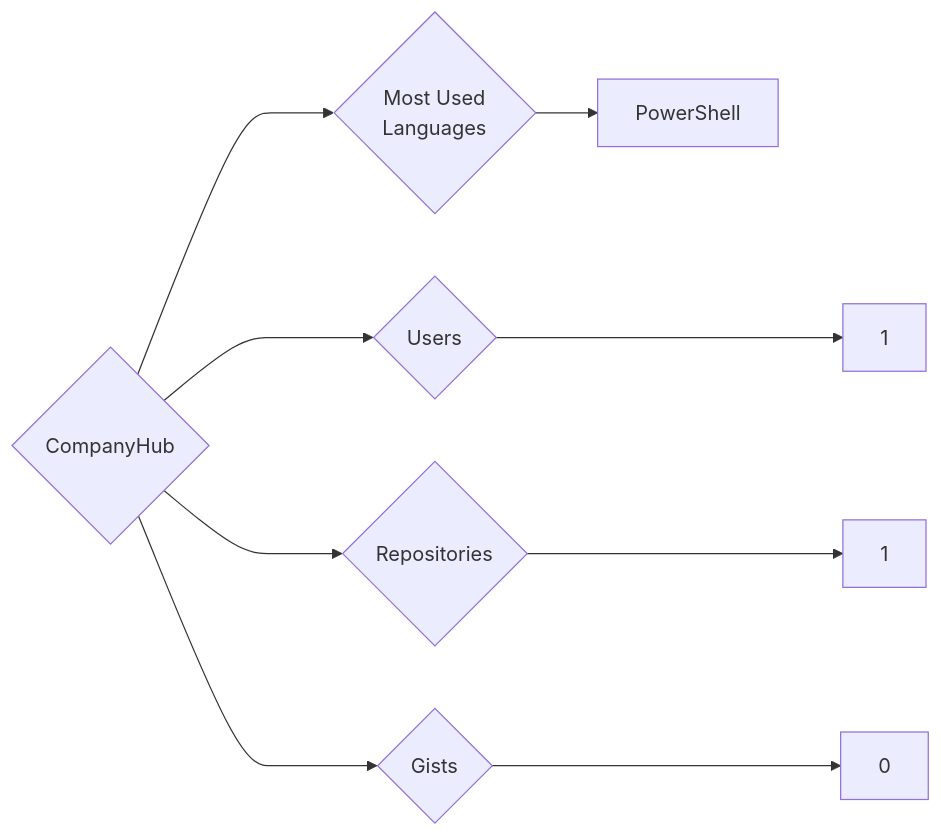
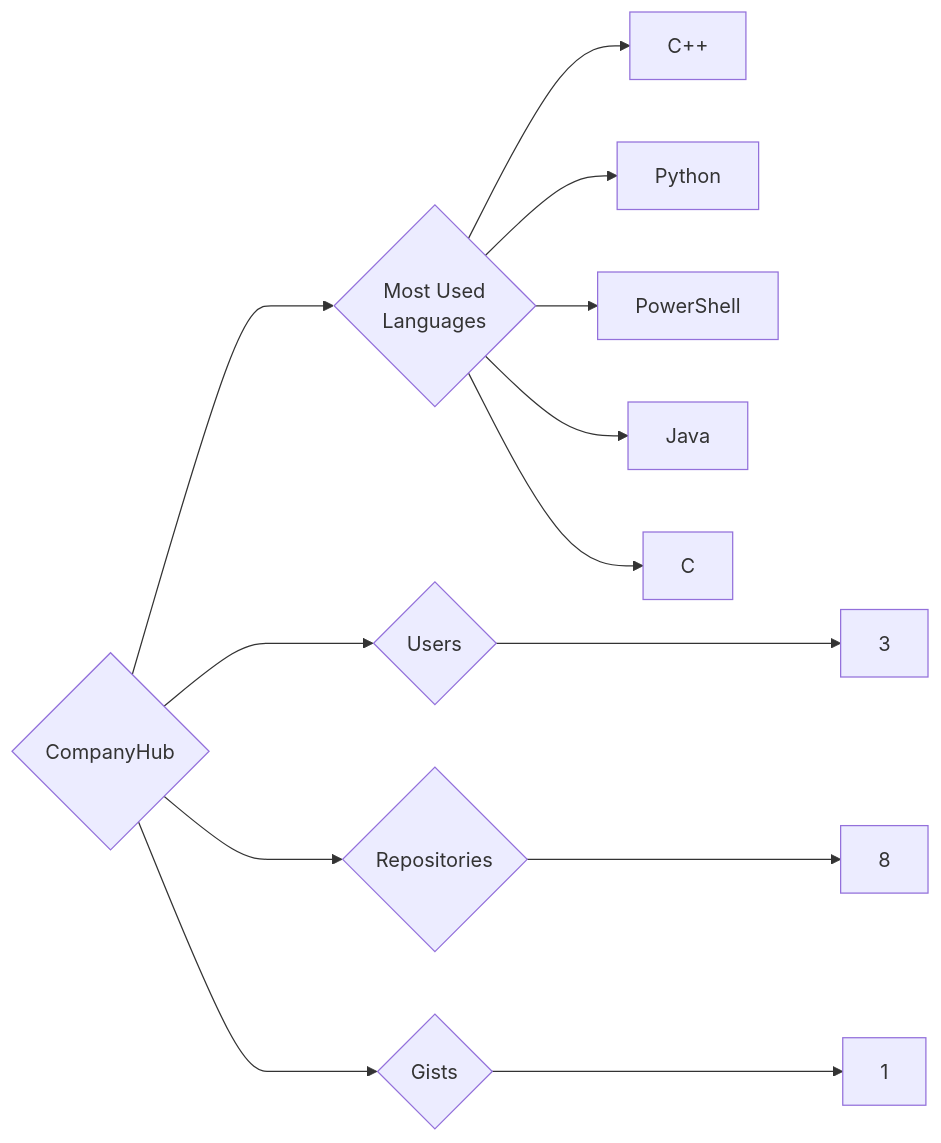
One commit to trickest/insiders changed the diagram in targets/CompanyHub/README.md. Above: the diagram before and after it, drawn with Mermaid. The commit also changed 998 other files, not shown here.

````diff
--- a/targets/CompanyHub/README.md
+++ b/targets/CompanyHub/README.md
@@ -3,9 +3,13 @@
 ```mermaid
 graph LR
 COMPANY_NAME{CompanyHub}
-COMPANY_NAME ---> U{Users} ---> UN[1]
-COMPANY_NAME ---> R{Repositories} ---> RN[1]
-COMPANY_NAME ---> G{Gists} ---> GN[0]
+COMPANY_NAME ---> U{Users} ---> UN[3]
+COMPANY_NAME ---> R{Repositories} ---> RN[8]
+COMPANY_NAME ---> G{Gists} ---> GN[1]
 COMPANY_NAME ---> ML{Most Used<br>Languages}
+ML --> C++[C++]
+ML --> Python[Python]
 ML --> PowerShell[PowerShell]
+ML --> Java[Java]
+ML --> C[C]
 ```
````
